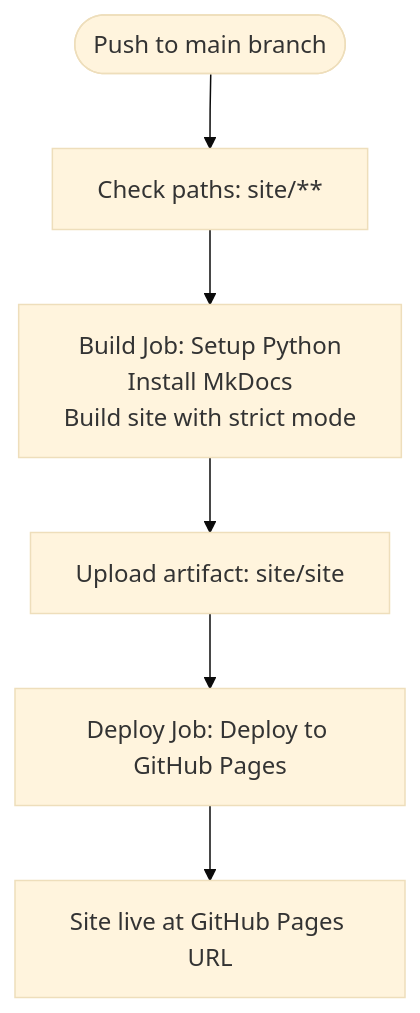
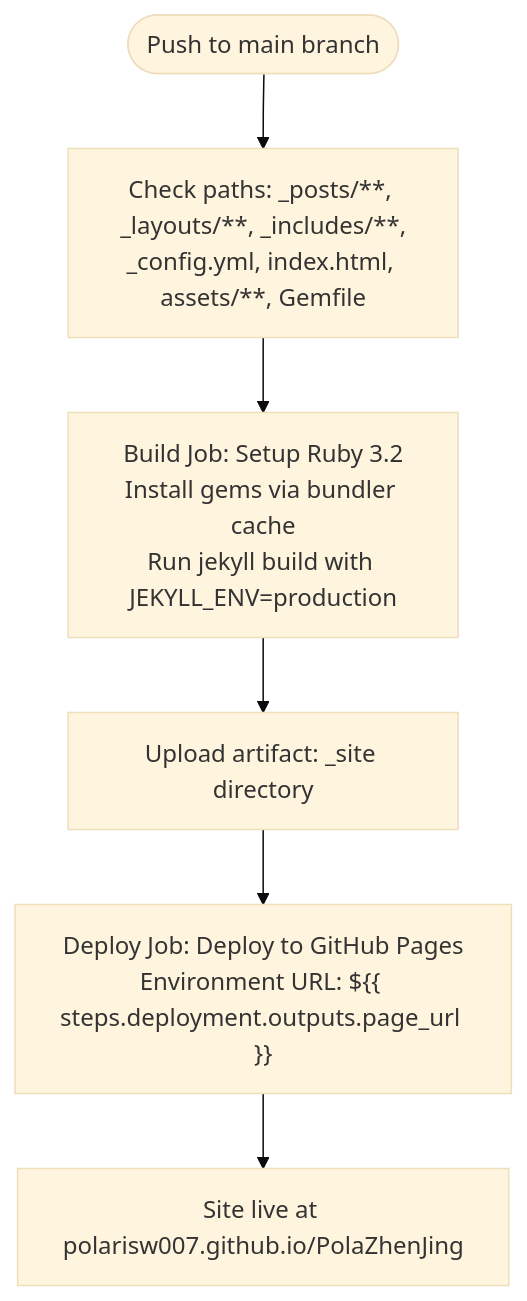
One commit to PolarisW007/PolaZhenJing changed the third of 4 diagrams in .qoder/repowiki/en/content/Backend Application/Publishing Pipeline.md. Above: the diagram before and after it, drawn with Mermaid (base theme). The commit also changed other lines of this file and 1 other file, not shown here.

````diff
--- a/.qoder/repowiki/en/content/Backend Application/Publishing Pipeline.md
+++ b/.qoder/repowiki/en/content/Backend Application/Publishing Pipeline.md
@@ -154,8 +165,8 @@
 ```mermaid
 flowchart TD
-Start(["Push to main branch"]) --> Check["Check paths: site/**"]
-Check --> Build["Build Job: Setup Python<br/>Install MkDocs<br/>Build site with strict mode"]
-Build --> Artifact["Upload artifact: site/site"]
-Artifact --> Deploy["Deploy Job: Deploy to GitHub Pages"]
-Deploy --> Live["Site live at GitHub Pages URL"]
+Start(["Push to main branch"]) --> Check["Check paths: _posts/**, _layouts/**, _includes/**,<br/>_config.yml, index.html, assets/**, Gemfile"]
+Check --> Build["Build Job: Setup Ruby 3.2<br/>Install gems via bundler cache<br/>Run jekyll build with JEKYLL_ENV=production"]
+Build --> Artifact["Upload artifact: _site directory"]
+Artifact --> Deploy["Deploy Job: Deploy to GitHub Pages<br/>Environment URL: ${{ steps.deployment.outputs.page_url }}"]
+Deploy --> Live["Site live at polarisw007.github.io/PolaZhenJing"]
 ```
````
